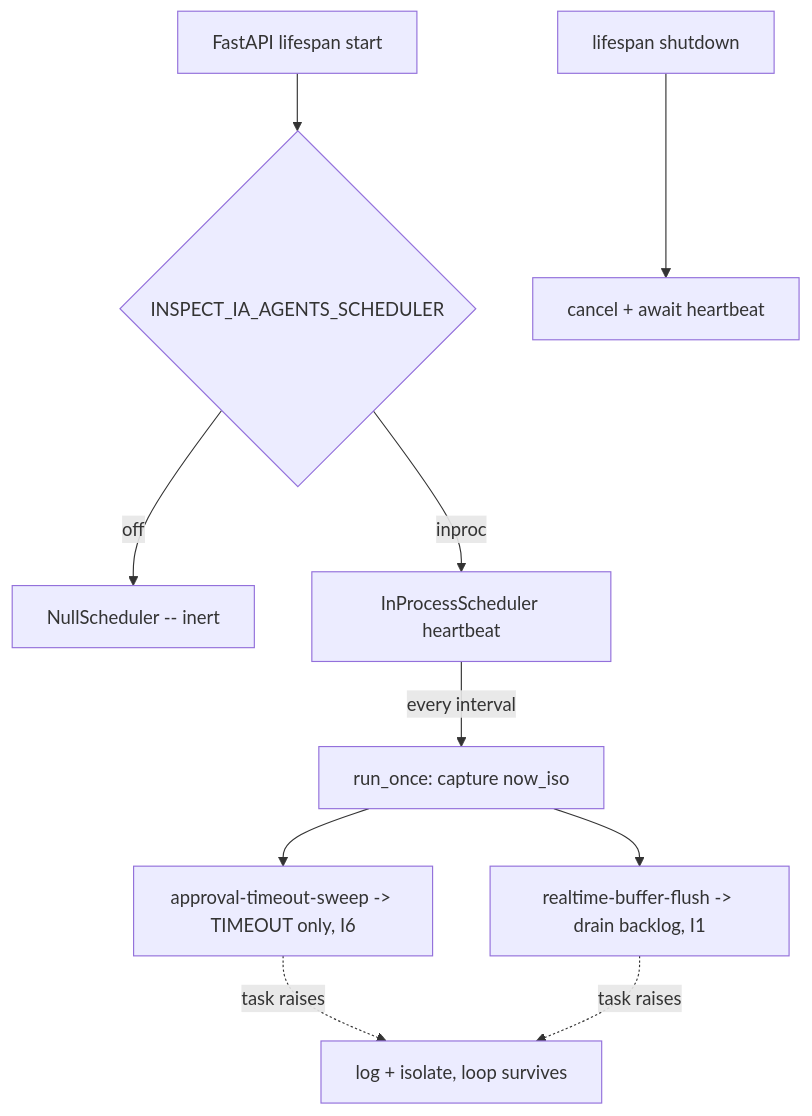
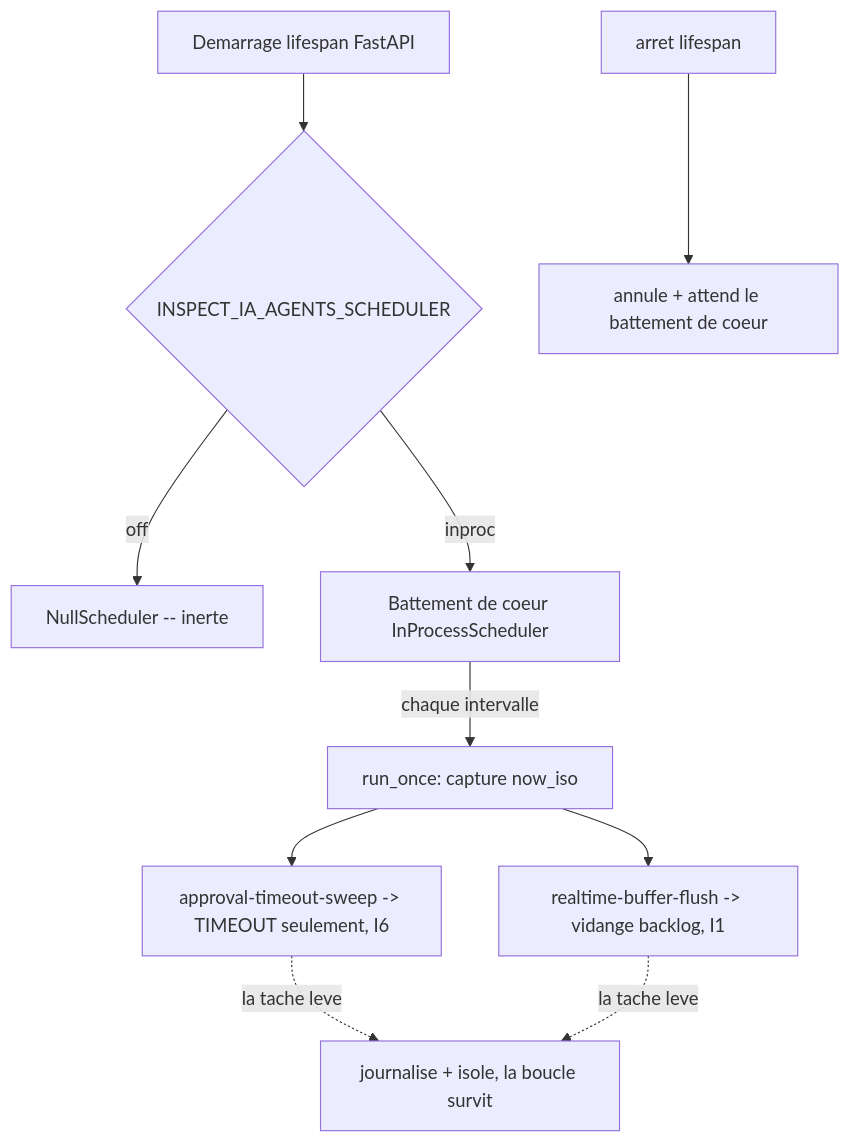
Before and after one commit to mo0ogly/recette_IA_agents: the diagram in docs/runbooks/autonomous-scheduler.md, drawn with Mermaid. The commit also changed other lines of this file and 25 other files, not shown here.

````diff
--- a/docs/runbooks/autonomous-scheduler.md
+++ b/docs/runbooks/autonomous-scheduler.md
@@ -59,12 +60,12 @@
 ```mermaid
 flowchart TD
-    L[FastAPI lifespan start] --> S{INSPECT_IA_AGENTS_SCHEDULER}
-    S -->|off| N[NullScheduler -- inert]
-    S -->|inproc| H[InProcessScheduler heartbeat]
-    H -->|every interval| T[run_once: capture now_iso]
-    T --> SW[approval-timeout-sweep -> TIMEOUT only, I6]
-    T --> FL[realtime-buffer-flush -> drain backlog, I1]
-    SW -.task raises.-> ISO[log + isolate, loop survives]
-    FL -.task raises.-> ISO
-    SD[lifespan shutdown] --> ST[cancel + await heartbeat]
+    L[Demarrage lifespan FastAPI] --> S{INSPECT_IA_AGENTS_SCHEDULER}
+    S -->|off| N[NullScheduler -- inerte]
+    S -->|inproc| H[Battement de coeur InProcessScheduler]
+    H -->|chaque intervalle| T[run_once: capture now_iso]
+    T --> SW[approval-timeout-sweep -> TIMEOUT seulement, I6]
+    T --> FL[realtime-buffer-flush -> vidange backlog, I1]
+    SW -.la tache leve.-> ISO[journalise + isole, la boucle survit]
+    FL -.la tache leve.-> ISO
+    SD[arret lifespan] --> ST[annule + attend le battement de coeur]
 ```
````
